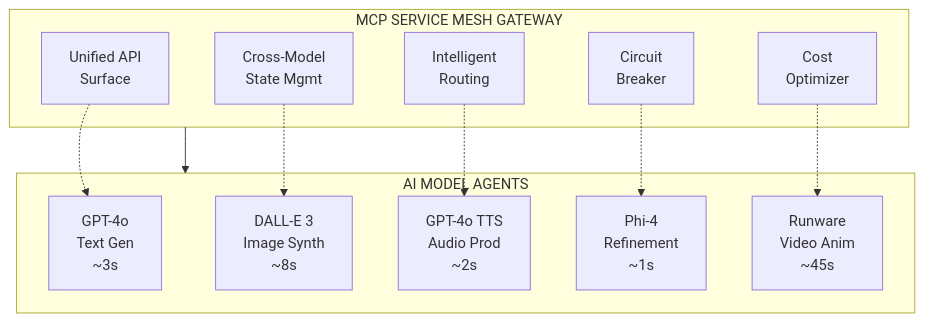
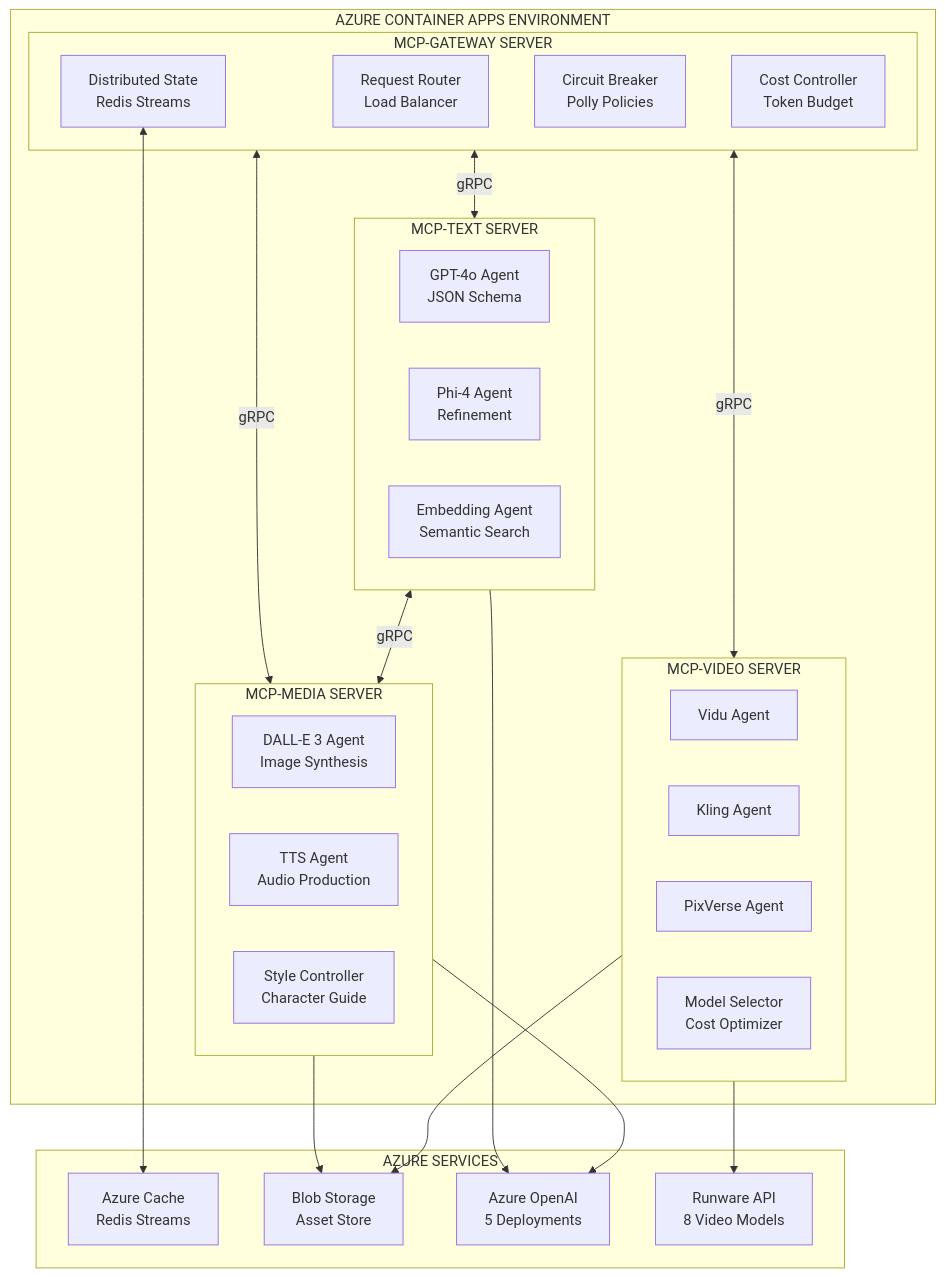
The first of 4 diagrams in README.md (easwarsimbu/KidsStories-Documentation), drawn with Mermaid before and after one commit. The commit also changed other lines of this file and 1 other file, not shown here.

Commit message:
Upgrade to distributed MCP server architecture documentation

````diff
--- a/README.md
+++ b/README.md
@@ -41,25 +74,49 @@
 ```mermaid
 graph TB
-    subgraph MESH["MCP SERVICE MESH GATEWAY"]
-        API["Unified API<br/>Surface"]
-        STATE["Cross-Model<br/>State Mgmt"]
-        ROUTING["Intelligent<br/>Routing"]
-        BREAKER["Circuit<br/>Breaker"]
-        COST["Cost<br/>Optimizer"]
+    subgraph AZURE["AZURE CONTAINER APPS ENVIRONMENT"]
+        subgraph GW["MCP-GATEWAY SERVER"]
+            ROUTER["Request Router<br/>Load Balancer"]
+            STATE["Distributed State<br/>Redis Streams"]
+            CIRCUIT["Circuit Breaker<br/>Polly Policies"]
+            COST["Cost Controller<br/>Token Budget"]
+        end
+        
+        subgraph TEXT["MCP-TEXT SERVER"]
+            GPT["GPT-4o Agent<br/>JSON Schema"]
+            PHI["Phi-4 Agent<br/>Refinement"]
+            EMBED["Embedding Agent<br/>Semantic Search"]
+        end
+        
+        subgraph MEDIA["MCP-MEDIA SERVER"]
+            DALLE["DALL-E 3 Agent<br/>Image Synthesis"]
+            TTS["TTS Agent<br/>Audio Production"]
+            STYLE["Style Controller<br/>Character Guide"]
+        end
+        
+        subgraph VIDEO["MCP-VIDEO SERVER"]
+            VIDU["Vidu Agent"]
+            KLING["Kling Agent"]
+            PIX["PixVerse Agent"]
+            SELECTOR["Model Selector<br/>Cost Optimizer"]
+        end
     end
     
-    subgraph AGENTS["AI MODEL AGENTS"]
-        GPT["GPT-4o<br/>Text Gen<br/>~3s"]
-        DALLE["DALL-E 3<br/>Image Synth<br/>~8s"]
-        TTS["GPT-4o TTS<br/>Audio Prod<br/>~2s"]
-        PHI["Phi-4<br/>Refinement<br/>~1s"]
-        RUN["Runware<br/>Video Anim<br/>~45s"]
+    subgraph INFRA["AZURE SERVICES"]
+        REDIS["Azure Cache<br/>Redis Streams"]
+        BLOB["Blob Storage<br/>Asset Store"]
+        AOAI["Azure OpenAI<br/>5 Deployments"]
+        RUNWARE["Runware API<br/>8 Video Models"]
     end
     
-    MESH --> AGENTS
-    API -.-> GPT
-    STATE -.-> DALLE
-    ROUTING -.-> TTS
-    BREAKER -.-> PHI
-    COST -.-> RUN
+    GW <-->|gRPC| TEXT
+    GW <-->|gRPC| MEDIA
+    GW <-->|gRPC| VIDEO
+    TEXT <-->|gRPC| MEDIA
+    
+    STATE <--> REDIS
+    TEXT --> AOAI
+    MEDIA --> AOAI
+    VIDEO --> RUNWARE
+    MEDIA --> BLOB
+    VIDEO --> BLOB
 ```
````
